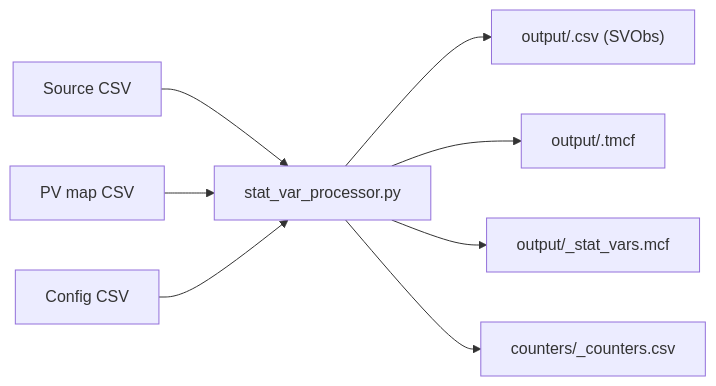
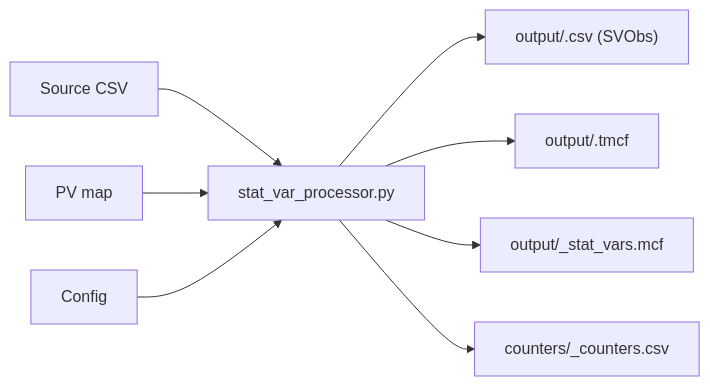
One commit to datacommonsorg/data changed the diagram in tools/statvar_importer/README.md. Above: the diagram before and after it, drawn with Mermaid. The commit also changed other lines of this file and 18 other files, not shown here.

First line of the commit message:
StatVar Processor docs: review fixes, schema tools guide, boolean config parsing

````diff
--- a/tools/statvar_importer/README.md
+++ b/tools/statvar_importer/README.md
@@ -22,10 +42,10 @@
 ```mermaid
 flowchart LR
   A["Source CSV"] --> P["stat_var_processor.py"]
-  M["PV map CSV"] --> P
-  C["Config CSV"] --> P
+  M["PV map"] --> P
+  C["Config"] --> P
   P --> O1["output/<import>.csv (SVObs)"]
   P --> O2["output/<import>.tmcf"]
   P --> O3["output/<import>_stat_vars.mcf"]
   P --> O4["counters/<import>_counters.csv"]
 ```
````
